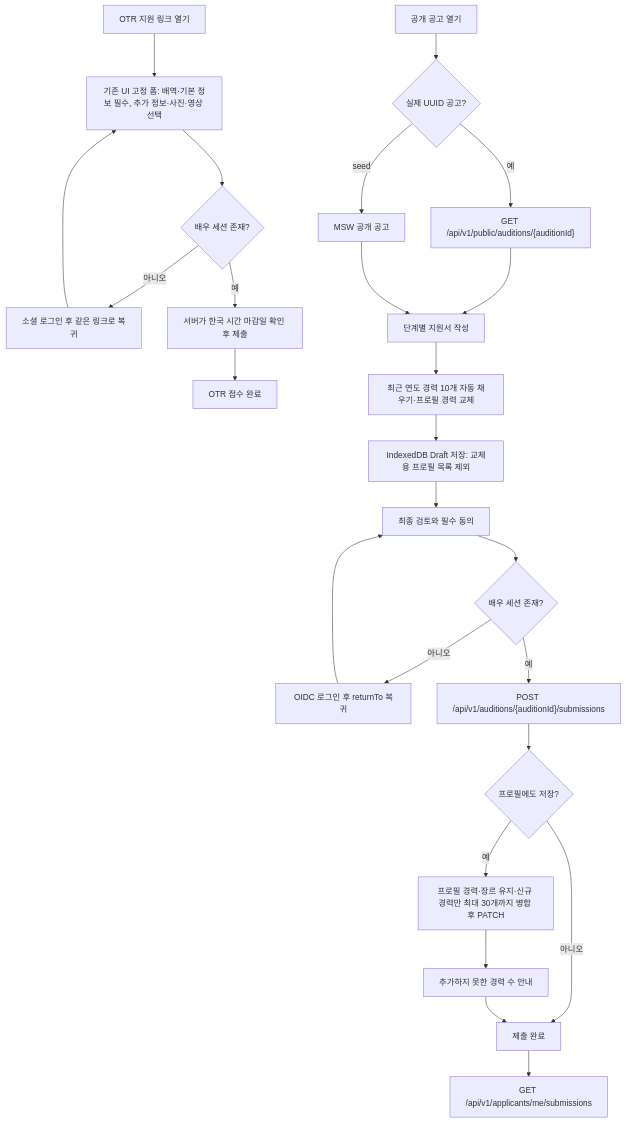
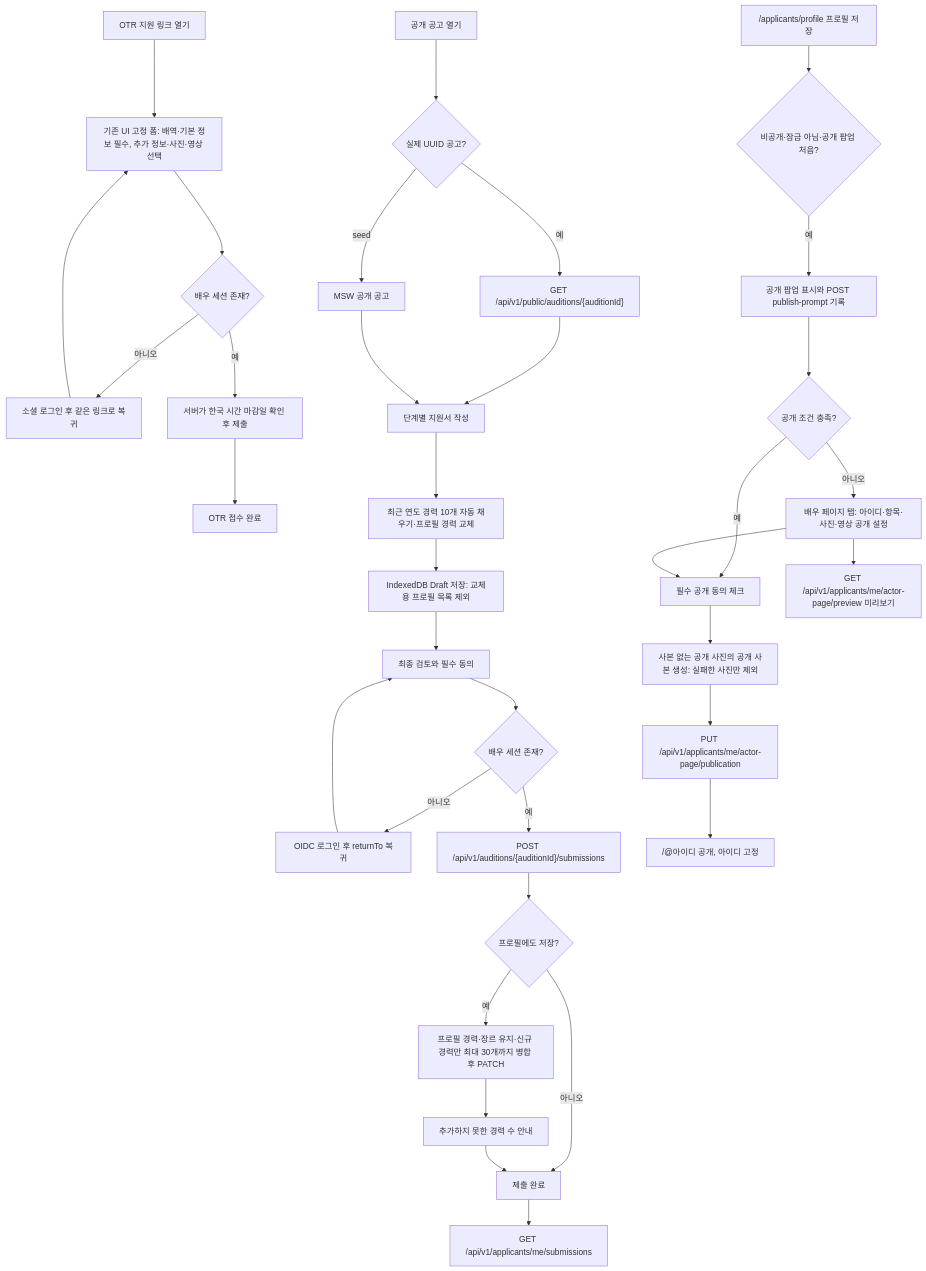
The diagram in frontend/docs/user-flows/applicant.mmd (woowacourse-teams/2026-yesulin), drawn with Mermaid before and after one commit. The commit also changed 28 other files, not shown here.

First line of the commit message:
feat: 편집 화면 배우 페이지 설정·공개와 본인 미리보기 (#401)

```diff
--- a/frontend/docs/user-flows/applicant.mmd
+++ b/frontend/docs/user-flows/applicant.mmd
@@ -1,25 +1,35 @@
 flowchart TD
     OTR_LINK["OTR 지원 링크 열기"] --> OTR_FORM["기존 UI 고정 폼: 배역·기본 정보 필수, 추가 정보·사진·영상 선택"]
     OTR_FORM --> OTR_LOGIN{"배우 세션 존재?"}
     OTR_LOGIN -- 아니오 --> OTR_AUTH["소셜 로그인 후 같은 링크로 복귀"]
     OTR_AUTH --> OTR_FORM
     OTR_LOGIN -- 예 --> OTR_SUBMIT["서버가 한국 시간 마감일 확인 후 제출"]
     OTR_SUBMIT --> OTR_DONE["OTR 접수 완료"]
     OPEN["공개 공고 열기"] --> LOAD{"실제 UUID 공고?"}
     LOAD -- 예 --> REAL["GET /api/v1/public/auditions/{auditionId}"]
     LOAD -- seed --> MOCK["MSW 공개 공고"]
     REAL --> WRITE["단계별 지원서 작성"]
     MOCK --> WRITE
     WRITE --> CAREER["최근 연도 경력 10개 자동 채우기·프로필 경력 교체"]
     CAREER --> DRAFT["IndexedDB Draft 저장: 교체용 프로필 목록 제외"]
     DRAFT --> REVIEW["최종 검토와 필수 동의"]
     REVIEW --> AUTH{"배우 세션 존재?"}
     AUTH -- 아니오 --> LOGIN["OIDC 로그인 후 returnTo 복귀"]
     LOGIN --> REVIEW
     AUTH -- 예 --> SUBMIT["POST /api/v1/auditions/{auditionId}/submissions"]
     SUBMIT --> PROFILE{"프로필에도 저장?"}
     PROFILE -- 예 --> PATCH["프로필 경력·장르 유지·신규 경력만 최대 30개까지 병합 후 PATCH"]
     PROFILE -- 아니오 --> DONE["제출 완료"]
     PATCH --> OVERFLOW["추가하지 못한 경력 수 안내"]
     OVERFLOW --> DONE
     DONE --> HISTORY["GET /api/v1/applicants/me/submissions"]
+    PROFILE_SAVE["/applicants/profile 프로필 저장"] --> PROMPT{"비공개·잠금 아님·공개 팝업 처음?"}
+    PROMPT -- 예 --> PROMPT_SHOW["공개 팝업 표시와 POST publish-prompt 기록"]
+    PROMPT_SHOW --> PROMPT_READY{"공개 조건 충족?"}
+    PROMPT_READY -- 아니오 --> AP_TAB["배우 페이지 탭: 아이디·항목·사진·영상 공개 설정"]
+    PROMPT_READY -- 예 --> AP_CONSENT["필수 공개 동의 체크"]
+    AP_TAB --> AP_PREVIEW["GET /api/v1/applicants/me/actor-page/preview 미리보기"]
+    AP_TAB --> AP_CONSENT
+    AP_CONSENT --> AP_COPY["사본 없는 공개 사진의 공개 사본 생성: 실패한 사진만 제외"]
+    AP_COPY --> AP_PUBLISH["PUT /api/v1/applicants/me/actor-page/publication"]
+    AP_PUBLISH --> AP_PAGE["/@아이디 공개, 아이디 고정"]
```
